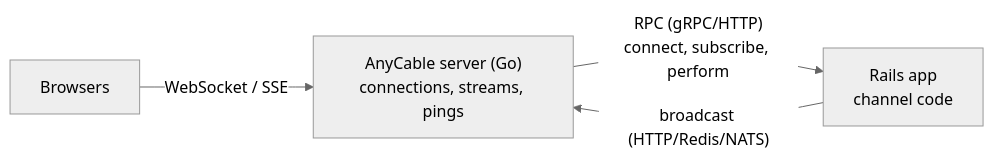
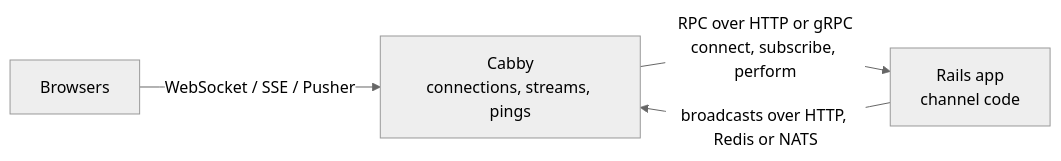
The diagram in README.md (DaniG2k/cabby), drawn with Mermaid (neutral theme) before and after one commit. The commit also changed other lines of this file, not shown here.

First line of the commit message:
README: present Cabby on its own terms

````diff
--- a/README.md
+++ b/README.md
@@ -39,6 +44,6 @@
 ```mermaid
 flowchart LR
-    B2[Browsers] -- WebSocket / SSE --> G2["AnyCable server (Go)<br/>connections, streams, pings"]
-    G2 -- "RPC (gRPC/HTTP)<br/>connect, subscribe, perform" --> R2["Rails app<br/>channel code"]
-    R2 -- "broadcast (HTTP/Redis/NATS)" --> G2
+    B[Browsers] -- "WebSocket / SSE / Pusher" --> C["Cabby<br/>connections, streams, pings"]
+    C -- "RPC over HTTP or gRPC<br/>connect, subscribe, perform" --> R["Rails app<br/>channel code"]
+    R -- "broadcasts over HTTP, Redis or NATS" --> C
 ```
````
